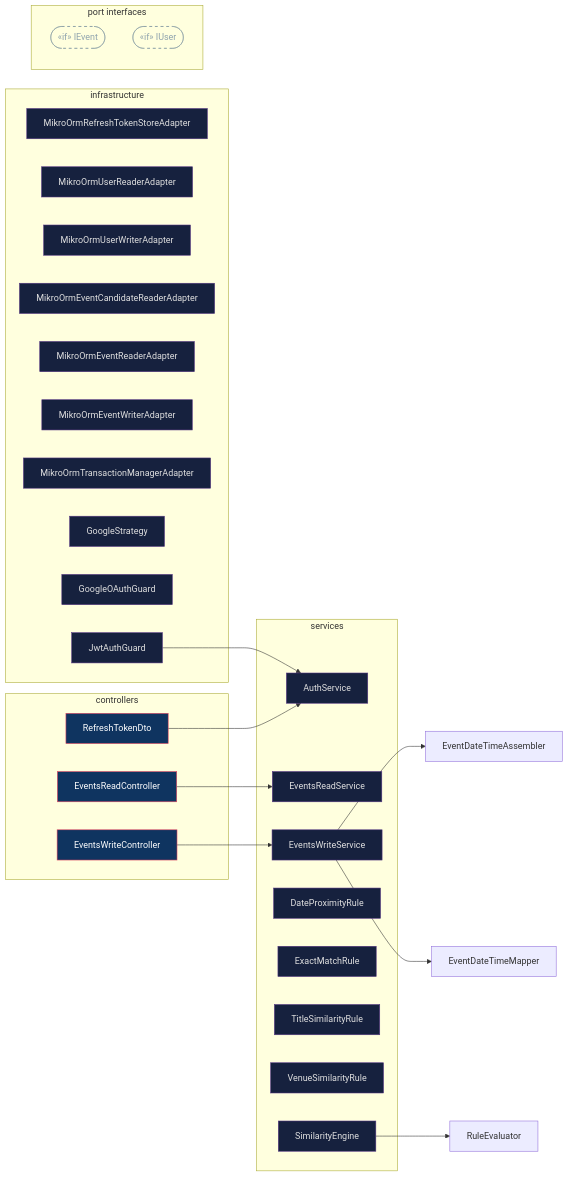
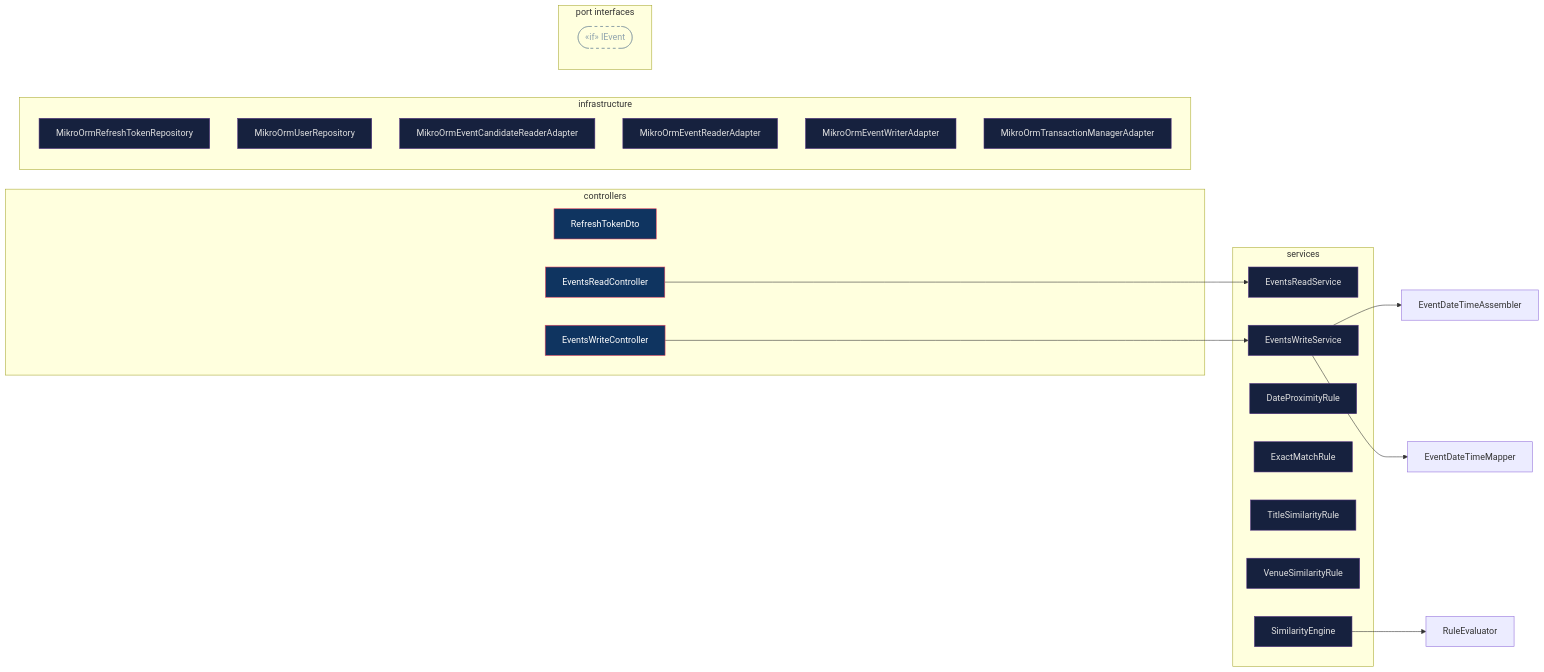
The second of 3 diagrams in docs/architecture.md (Phastboy/campuspulse), drawn with Mermaid before and after one commit. The commit also changed other lines of this file and 1 other file, not shown here.

Commit message:
docs: update architecture diagrams and clean up migration
- Remove AuthModule and IUser from architecture diagrams
- Replace adapters with repository pattern references
- Reformat migration SQL with consistent indentation
- Add proper down() migration for clean rollback
- Remove redundant empty line at EOF

````diff
--- a/docs/architecture.md
+++ b/docs/architecture.md
@@ -36,76 +33,62 @@
 ```mermaid
 graph LR
   %% Class-level dependency injection
   %% Solid arrow → direct dependency    Dashed arrow -.-> via port token
 
   subgraph controllers ["controllers"]
     RefreshTokenDto["RefreshTokenDto"]
     EventsReadController["EventsReadController"]
     EventsWriteController["EventsWriteController"]
   end
 
   subgraph infrastructure ["infrastructure"]
-    MikroOrmRefreshTokenStoreAdapter["MikroOrmRefreshTokenStoreAdapter"]
-    MikroOrmUserReaderAdapter["MikroOrmUserReaderAdapter"]
-    MikroOrmUserWriterAdapter["MikroOrmUserWriterAdapter"]
+    MikroOrmRefreshTokenRepository["MikroOrmRefreshTokenRepository"]
+    MikroOrmUserRepository["MikroOrmUserRepository"]
     MikroOrmEventCandidateReaderAdapter["MikroOrmEventCandidateReaderAdapter"]
     MikroOrmEventReaderAdapter["MikroOrmEventReaderAdapter"]
     MikroOrmEventWriterAdapter["MikroOrmEventWriterAdapter"]
     MikroOrmTransactionManagerAdapter["MikroOrmTransactionManagerAdapter"]
-    GoogleStrategy["GoogleStrategy"]
-    GoogleOAuthGuard["GoogleOAuthGuard"]
-    JwtAuthGuard["JwtAuthGuard"]
   end
 
   subgraph services ["services"]
-    AuthService["AuthService"]
     EventsReadService["EventsReadService"]
     EventsWriteService["EventsWriteService"]
     DateProximityRule["DateProximityRule"]
     ExactMatchRule["ExactMatchRule"]
     TitleSimilarityRule["TitleSimilarityRule"]
     VenueSimilarityRule["VenueSimilarityRule"]
     SimilarityEngine["SimilarityEngine"]
   end
 
-  RefreshTokenDto --> AuthService
   EventsReadController --> EventsReadService
   EventsWriteController --> EventsWriteService
-  JwtAuthGuard --> AuthService
   EventsWriteService --> EventDateTimeAssembler
   EventsWriteService --> EventDateTimeMapper
   SimilarityEngine --> RuleEvaluator
 
   subgraph ports_sg ["port interfaces"]
     IEvent(["«if» IEvent"])
-    IUser(["«if» IUser"])
   end
 
   classDef ctrl  fill:#0f3460,stroke:#e94560,color:#fff
   classDef svc   fill:#16213e,stroke:#533483,color:#e0e0e0
   classDef infra fill:#1a1a2e,stroke:#2196f3,color:#b0bec5
   classDef port  fill:none,stroke:#78909c,color:#90a4ae,stroke-dasharray:5 5
   class RefreshTokenDto ctrl
   class EventsReadController ctrl
   class EventsWriteController ctrl
-  class MikroOrmRefreshTokenStoreAdapter svc
-  class MikroOrmUserReaderAdapter svc
-  class MikroOrmUserWriterAdapter svc
+  class MikroOrmRefreshTokenRepository svc
+  class MikroOrmUserRepository svc
   class MikroOrmEventCandidateReaderAdapter svc
   class MikroOrmEventReaderAdapter svc
   class MikroOrmEventWriterAdapter svc
   class MikroOrmTransactionManagerAdapter svc
-  class GoogleStrategy svc
-  class GoogleOAuthGuard svc
-  class JwtAuthGuard svc
-  class AuthService svc
   class EventsReadService svc
   class EventsWriteService svc
   class DateProximityRule svc
   class ExactMatchRule svc
   class TitleSimilarityRule svc
   class VenueSimilarityRule svc
   class SimilarityEngine svc
   class IEvent port
-  class IUser port
 ```
````
